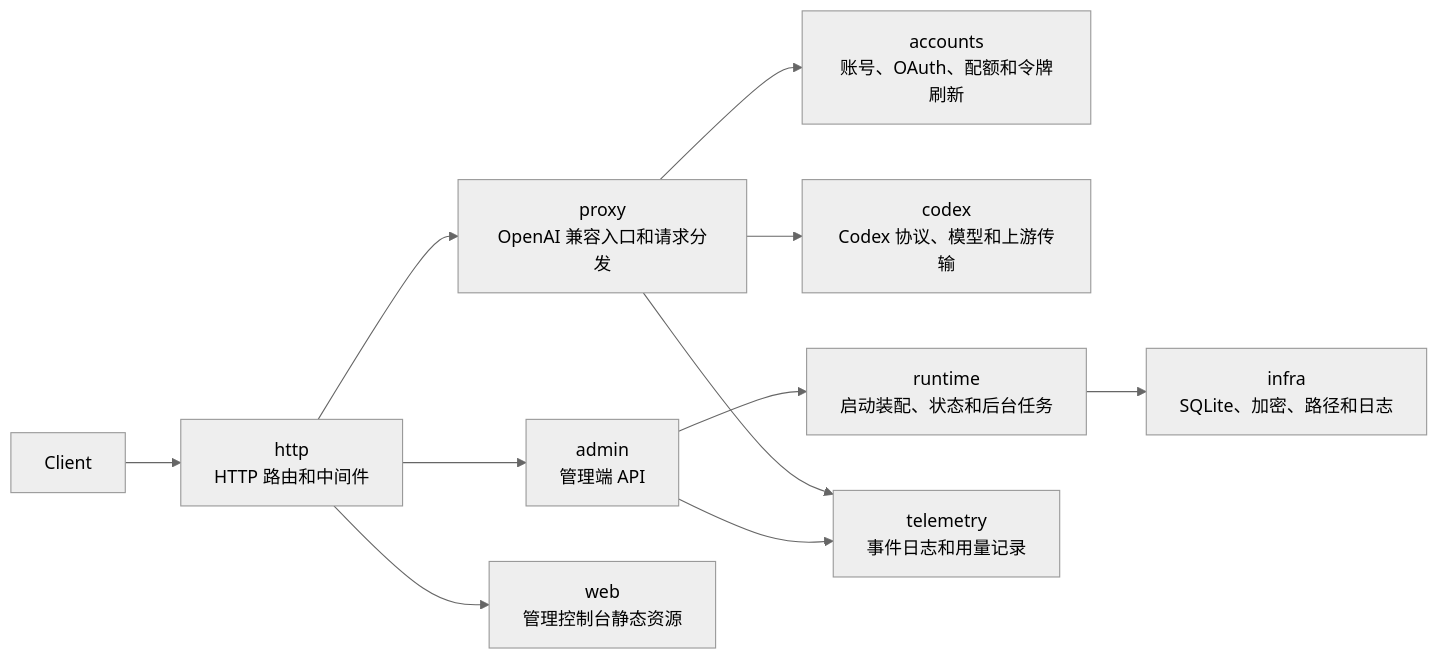
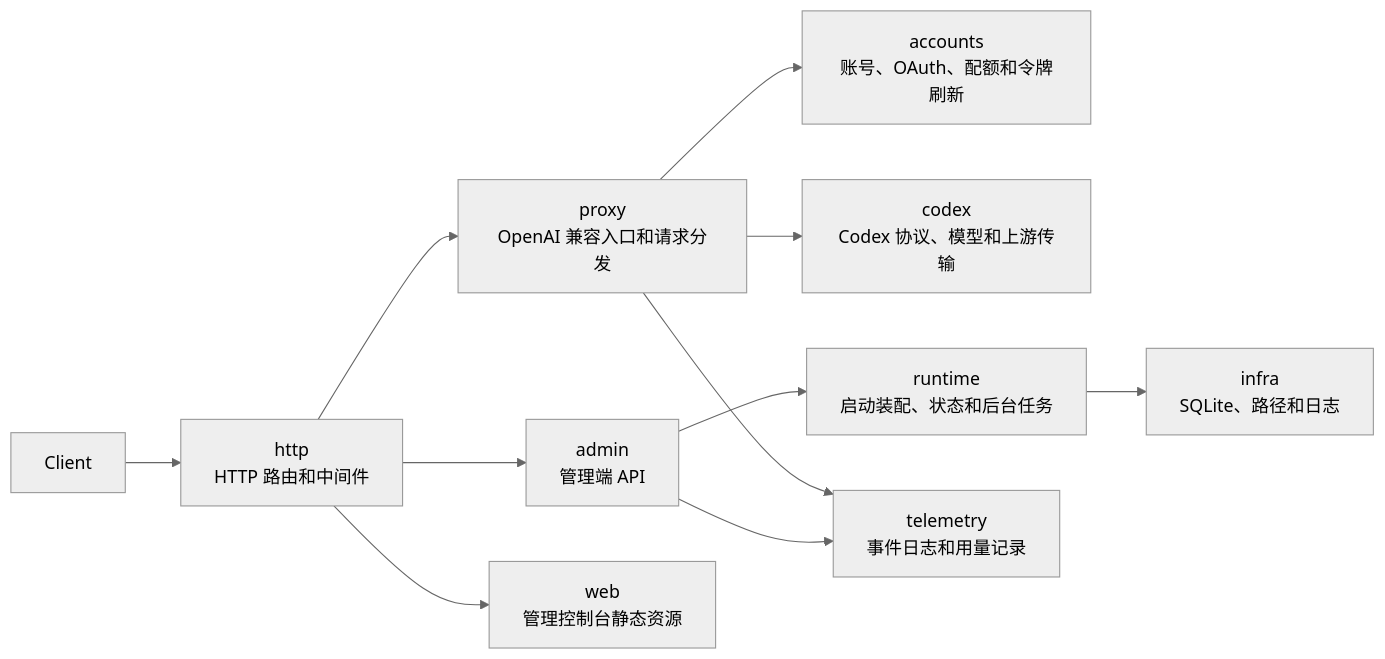
The diagram in README.md (zyycn/codex-proxy-rs), drawn with Mermaid (neutral theme) before and after one commit. The commit also changed other lines of this file and 168 other files, not shown here.

````diff
--- a/README.md
+++ b/README.md
@@ -137,13 +137,13 @@
 ```mermaid
 flowchart LR
     client[Client] --> http[http<br/>HTTP 路由和中间件]
     http --> proxy[proxy<br/>OpenAI 兼容入口和请求分发]
     proxy --> accounts[accounts<br/>账号、OAuth、配额和令牌刷新]
     proxy --> codex[codex<br/>Codex 协议、模型和上游传输]
     http --> admin[admin<br/>管理端 API]
     admin --> runtime[runtime<br/>启动装配、状态和后台任务]
-    runtime --> infra[infra<br/>SQLite、加密、路径和日志]
+    runtime --> infra[infra<br/>SQLite、路径和日志]
     proxy --> telemetry[telemetry<br/>事件日志和用量记录]
     admin --> telemetry
     http --> web[web<br/>管理控制台静态资源]
 ```
````
